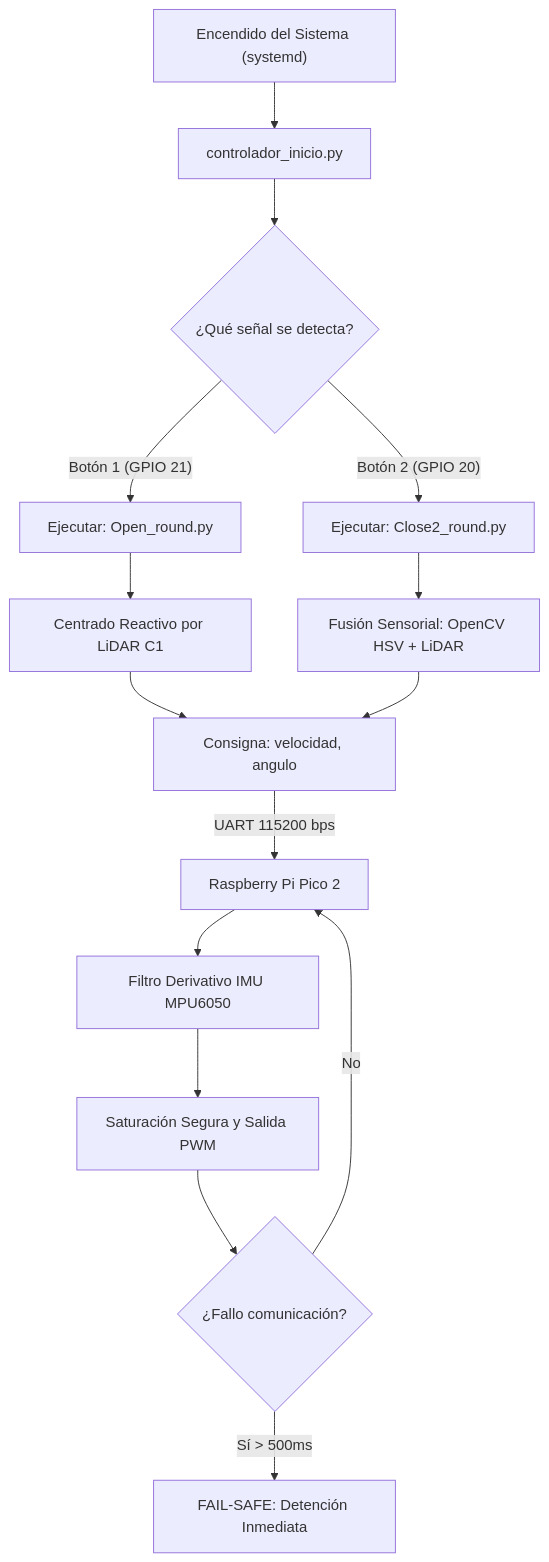
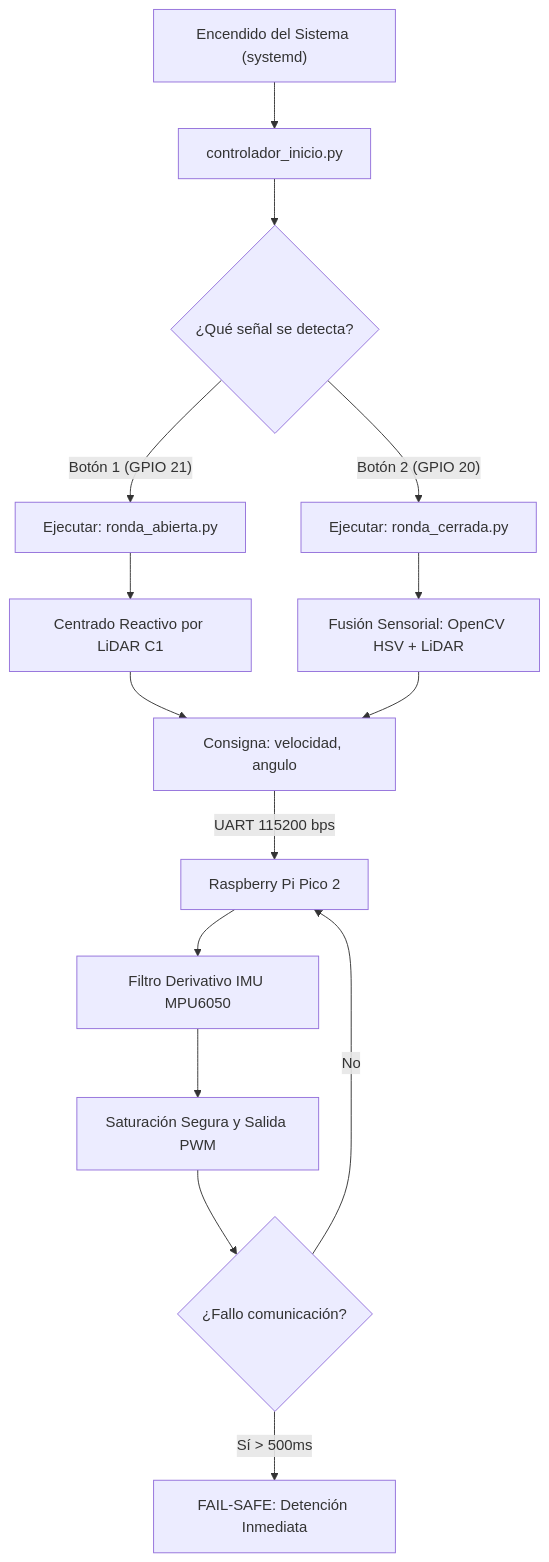
One commit to Team-Los-Cedros/WRO-FE-26 changed the first of 4 diagrams in README.md. Above: the diagram before and after it, drawn with Mermaid. The commit also changed other lines of this file and 9 other files, not shown here.

First line of the commit message:
chore(pi3B): renombrar Open_round.py y Close2_round.py a snake_case

````diff
--- a/README.md
+++ b/README.md
@@ -263,23 +263,23 @@
 ```mermaid
 graph TD
     A["Encendido del Sistema (systemd)"] --> B["controlador_inicio.py"]
     B --> C{"¿Qué señal se detecta?"}
     
-    C -->|"Botón 1 (GPIO 21)"| D["Ejecutar: Open_round.py"]
-    C -->|"Botón 2 (GPIO 20)"| E["Ejecutar: Close2_round.py"]
+    C -->|"Botón 1 (GPIO 21)"| D["Ejecutar: ronda_abierta.py"]
+    C -->|"Botón 2 (GPIO 20)"| E["Ejecutar: ronda_cerrada.py"]
     
     D --> F["Centrado Reactivo por LiDAR C1"]
     E --> G["Fusión Sensorial: OpenCV HSV + LiDAR"]
     
     F --> H["Consigna: velocidad, angulo"]
     G --> H
     
     H -->|"UART 115200 bps"| I["Raspberry Pi Pico 2"]
     I --> J["Filtro Derivativo IMU MPU6050"]
     J --> K["Saturación Segura y Salida PWM"]
     
     K --> L{"¿Fallo comunicación?"}
     L -->|"Sí > 500ms"| M["FAIL-SAFE: Detención Inmediata"]
     L -->|"No"| I
 
 ```
````
